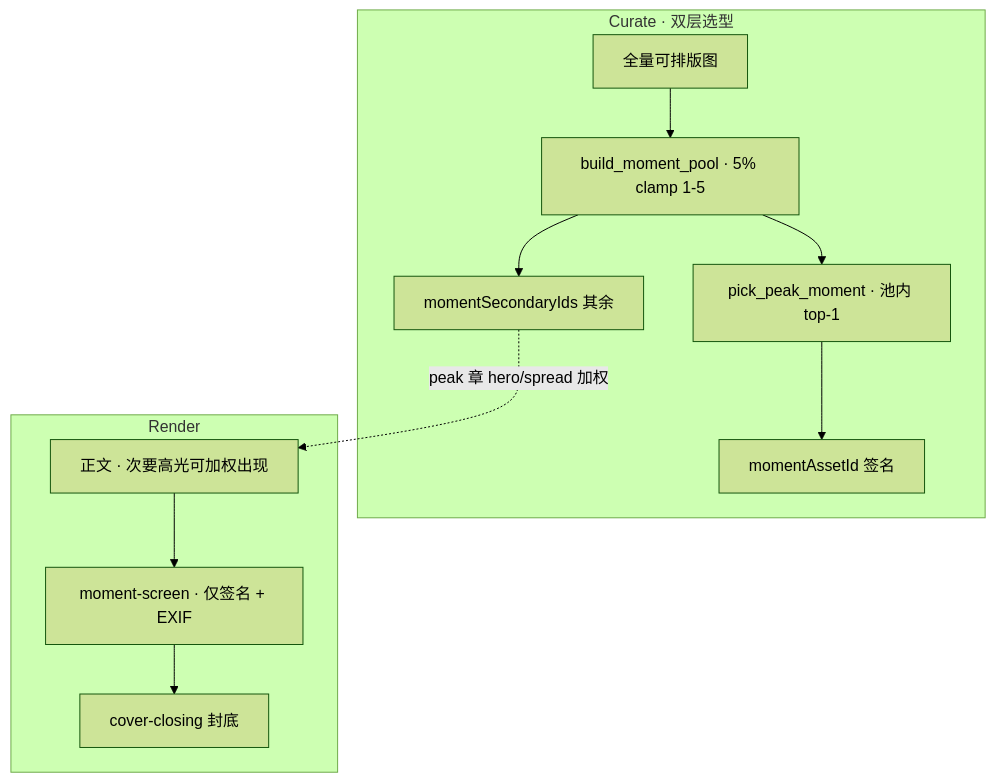
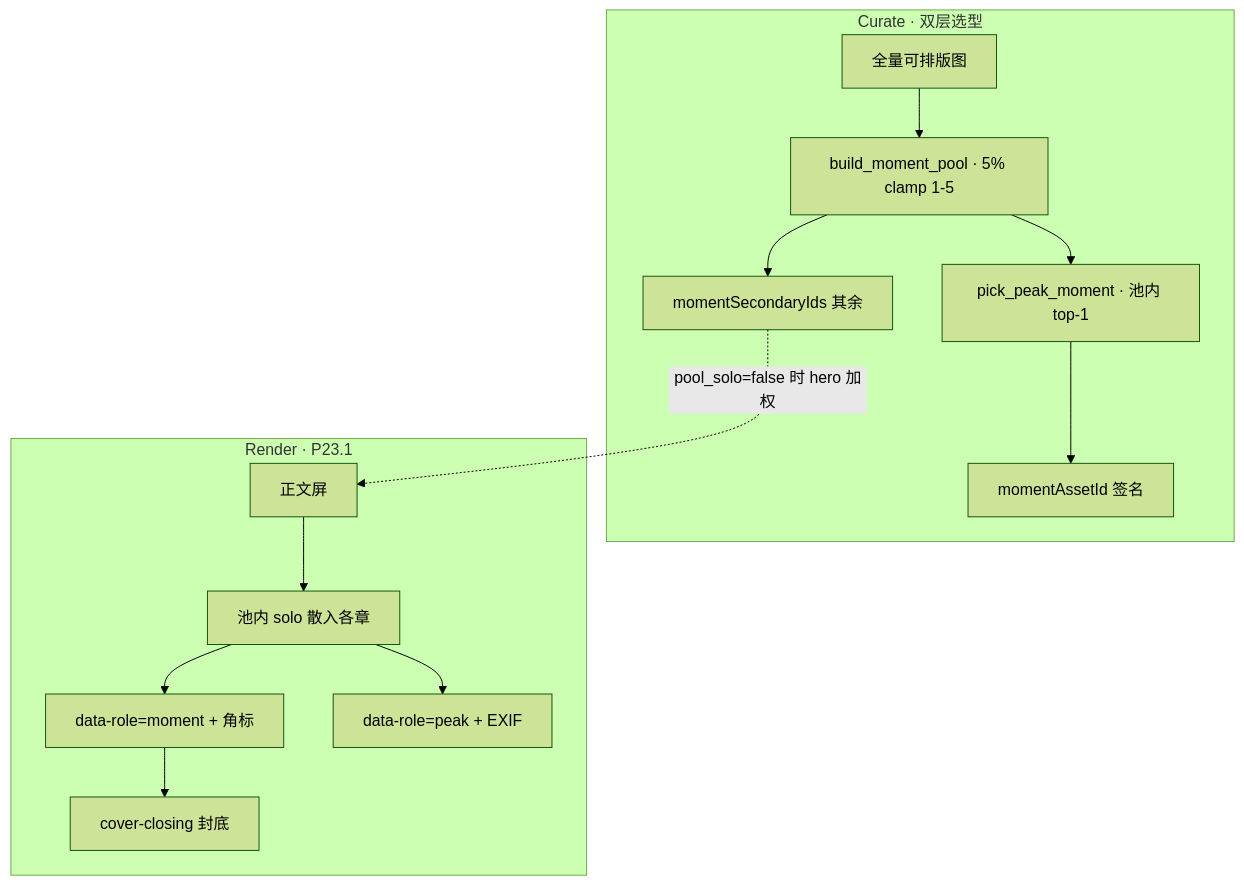
One commit to warclover/travelogue changed the diagram in docs/PRD-PHASE23-peak-moment.md. Above: the diagram before and after it, drawn with Mermaid (forest theme). The commit also changed other lines of this file and 20 other files, not shown here.

First line of the commit message:
feat(moment): pool-wide solo screens with EXIF and signature label

````diff
--- a/docs/PRD-PHASE23-peak-moment.md
+++ b/docs/PRD-PHASE23-peak-moment.md
@@ -163,14 +168,16 @@
 ```mermaid
 flowchart TB
   subgraph curate [Curate · 双层选型]
     P[全量可排版图] --> B[build_moment_pool · 5% clamp 1-5]
     B --> S[pick_peak_moment · 池内 top-1]
     S --> SIG[momentAssetId 签名]
     B --> SEC[momentSecondaryIds 其余]
   end
-  subgraph render [Render]
-    BODY[正文 · 次要高光可加权出现] --> MS[moment-screen · 仅签名 + EXIF]
-    MS --> CL[cover-closing 封底]
+  subgraph render [Render · P23.1]
+    BODY[正文屏] --> POOL[池内 solo 散入各章]
+    POOL --> SIGS[data-role=moment + 角标]
+    POOL --> PEAKS[data-role=peak + EXIF]
+    SIGS --> CL[cover-closing 封底]
   end
-  SEC -.->|peak 章 hero/spread 加权| BODY
+  SEC -.->|pool_solo=false 时 hero 加权| BODY
 ```
````
